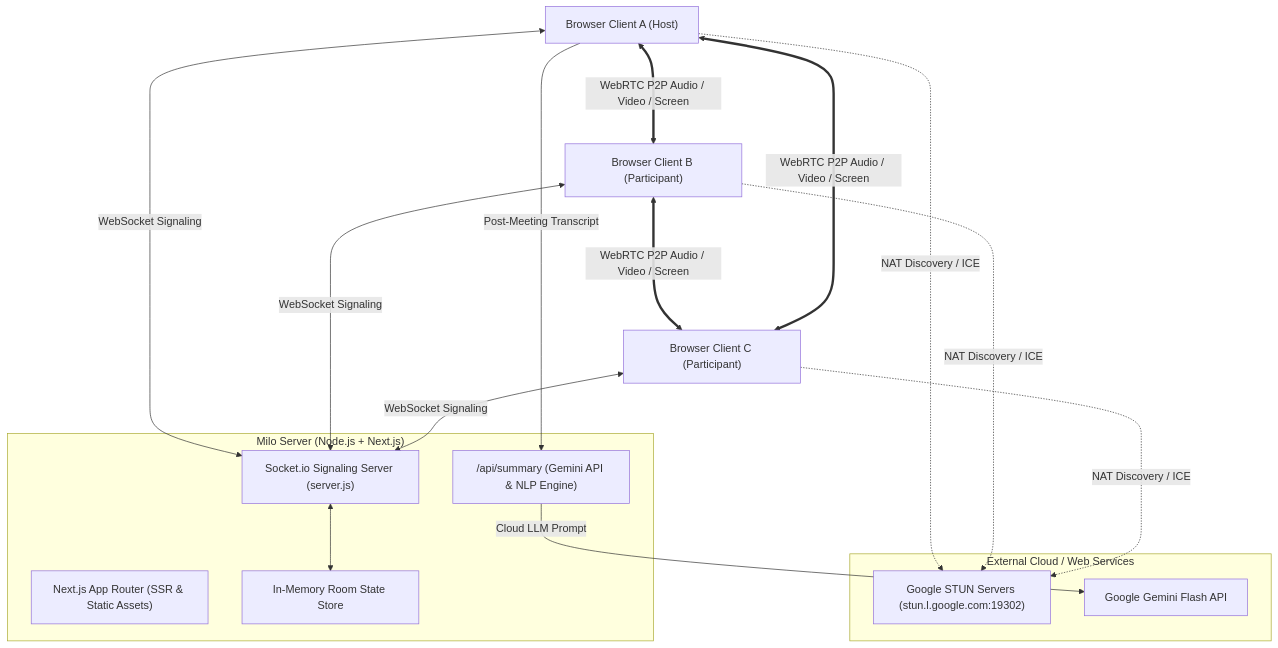
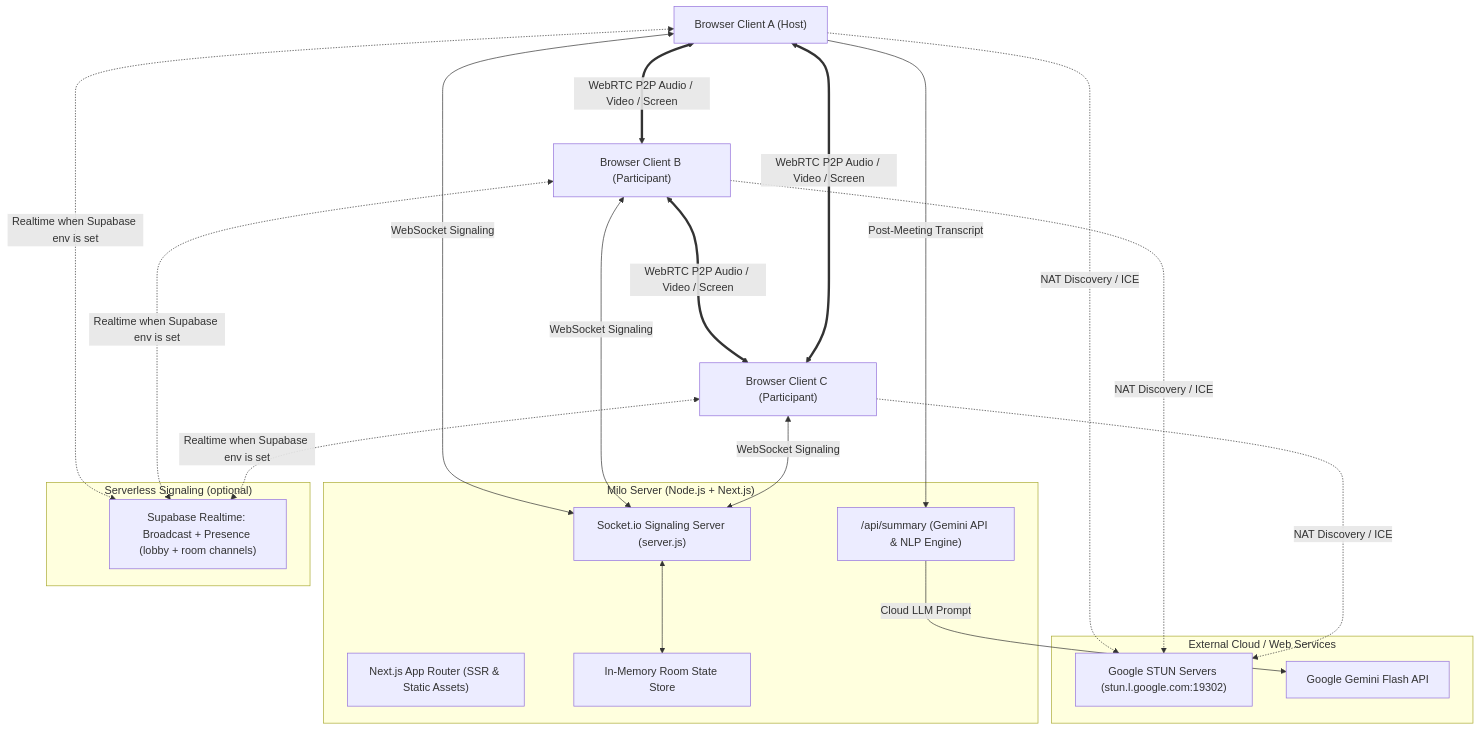
The first of 2 diagrams in ARCHITECTURE.md (Project-file2002/milo), drawn with Mermaid before and after one commit. The commit also changed other lines of this file and 18 other files, not shown here.

First line of the commit message:
feat: run meetings on Vercel with Supabase Realtime signaling

````diff
--- a/ARCHITECTURE.md
+++ b/ARCHITECTURE.md
@@ -9,35 +9,42 @@
 ```mermaid
 graph TD
     ClientA["Browser Client A (Host)"]
     ClientB["Browser Client B (Participant)"]
     ClientC["Browser Client C (Participant)"]
     
     subgraph "Milo Server (Node.js + Next.js)"
         HTTP["Next.js App Router (SSR & Static Assets)"]
         SocketServer["Socket.io Signaling Server (server.js)"]
         RoomState["In-Memory Room State Store"]
         SummaryAPI["/api/summary (Gemini API & NLP Engine)"]
     end
-    
+
+    subgraph "Serverless Signaling (optional)"
+        SupaRT["Supabase Realtime: Broadcast + Presence (lobby + room channels)"]
+    end
+
     subgraph "External Cloud / Web Services"
         STUN["Google STUN Servers (stun.l.google.com:19302)"]
         GeminiCloud["Google Gemini Flash API"]
     end
 
-    %% Signaling Connections
-    ClientA <-->|WebSocket Signaling| SocketServer
-    ClientB <-->|WebSocket Signaling| SocketServer
-    ClientC <-->|WebSocket Signaling| SocketServer
+    %% Signaling Connections (one backend per deployment)
+    ClientA <-->|"WebSocket Signaling"| SocketServer
+    ClientB <-->|"WebSocket Signaling"| SocketServer
+    ClientC <-->|"WebSocket Signaling"| SocketServer
+    ClientA <-.->|"Realtime when Supabase env is set"| SupaRT
+    ClientB <-.->|"Realtime when Supabase env is set"| SupaRT
+    ClientC <-.->|"Realtime when Supabase env is set"| SupaRT
     SocketServer <--> RoomState
     ClientA -->|Post-Meeting Transcript| SummaryAPI
     SummaryAPI -->|Cloud LLM Prompt| GeminiCloud
 
     %% Media Mesh Connections
     ClientA -.->|NAT Discovery / ICE| STUN
     ClientB -.->|NAT Discovery / ICE| STUN
     ClientC -.->|NAT Discovery / ICE| STUN
     
     ClientA <===>|WebRTC P2P Audio / Video / Screen| ClientB
     ClientB <===>|WebRTC P2P Audio / Video / Screen| ClientC
     ClientA <===>|WebRTC P2P Audio / Video / Screen| ClientC
 ```
````
